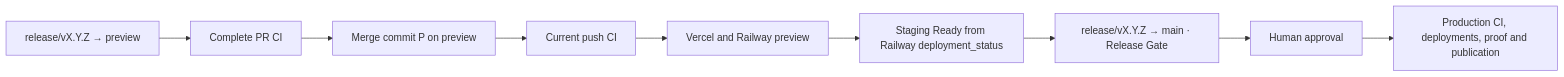
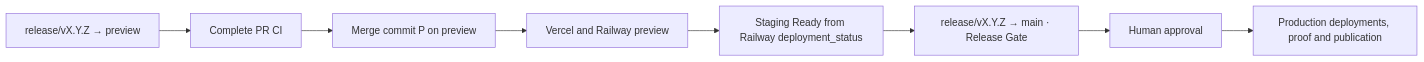
The second of 2 diagrams in docs/CI.md (neogenz/pulpe), drawn with Mermaid before and after one commit. The commit also changed other lines of this file and 20 other files, not shown here.

````diff
--- a/docs/CI.md
+++ b/docs/CI.md
@@ -48,11 +49,10 @@
 ```mermaid
 flowchart LR
     PR["release/vX.Y.Z → preview"] --> CI["Complete PR CI"]
     CI --> Merge["Merge commit P on preview"]
-    Merge --> PushCI["Current push CI"]
-    PushCI --> Deploy["Vercel and Railway preview"]
+    Merge --> Deploy["Vercel and Railway preview"]
     Deploy --> Proof["Staging Ready from Railway deployment_status"]
     Proof --> Gate["release/vX.Y.Z → main · Release Gate"]
     Gate --> Human["Human approval"]
-    Human --> Production["Production CI, deployments, proof and publication"]
+    Human --> Production["Production deployments, proof and publication"]
 ```
````
